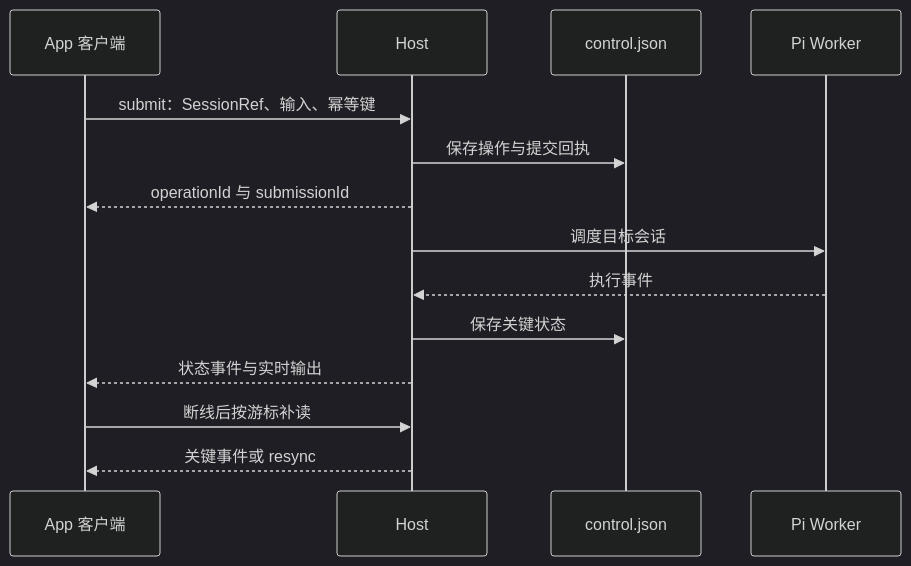
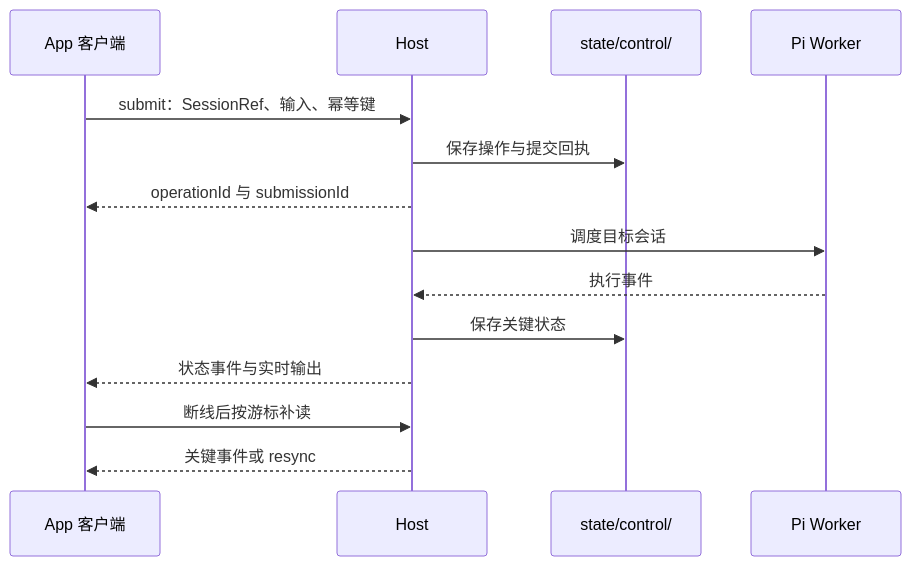
The diagram in docs/host-api.md (xidongdong-153/Pi-meme), drawn with Mermaid before and after one commit. The commit also changed other lines of this file and 76 other files, not shown here.

````diff
--- a/docs/host-api.md
+++ b/docs/host-api.md
@@ -99,17 +99,16 @@
 ```mermaid
-%%{init: {"theme": "dark"}}%%
 sequenceDiagram
   participant C as App 客户端
   participant H as Host
-  participant L as control.json
+  participant L as state/control/
   participant P as Pi Worker
   C->>H: submit：SessionRef、输入、幂等键
   H->>L: 保存操作与提交回执
   H-->>C: operationId 与 submissionId
   H->>P: 调度目标会话
   P-->>H: 执行事件
   H->>L: 保存关键状态
   H-->>C: 状态事件与实时输出
   C->>H: 断线后按游标补读
   H-->>C: 关键事件或 resync
 ```
````
